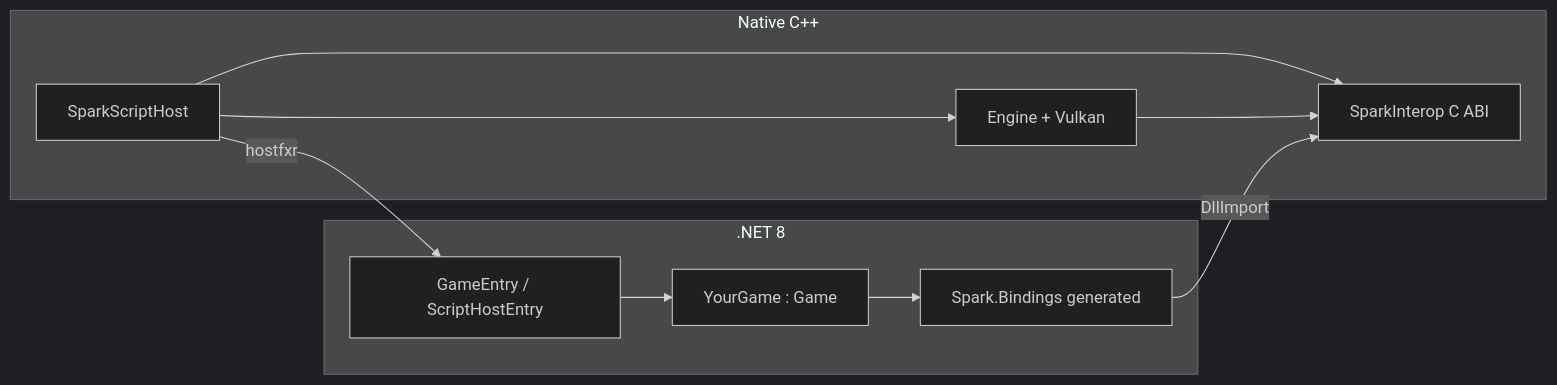
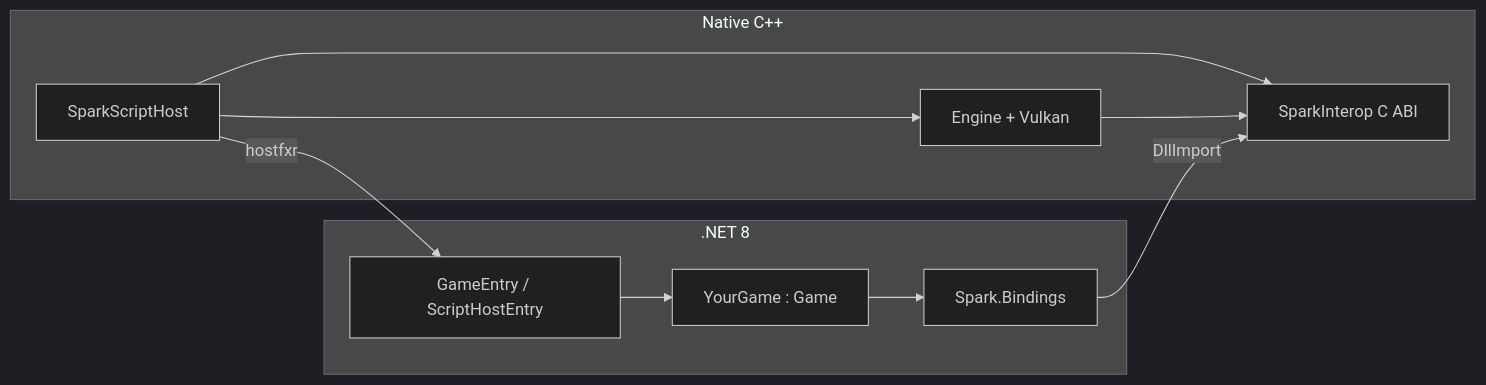
The diagram in docs/CSHARP_SCRIPTING.md (hoihky/spark), drawn with Mermaid (dark theme) before and after one commit. The commit also changed other lines of this file and 20 other files, not shown here.

````diff
--- a/docs/CSHARP_SCRIPTING.md
+++ b/docs/CSHARP_SCRIPTING.md
@@ -9,20 +21,20 @@
 ```mermaid
 flowchart LR
   subgraph native [Native C++]
     Host[SparkScriptHost]
     Engine[Engine + Vulkan]
     Interop[SparkInterop C ABI]
     Host --> Engine
     Host --> Interop
     Engine --> Interop
   end
   subgraph managed [.NET 8]
     Entry[GameEntry / ScriptHostEntry]
     Game[YourGame : Game]
-    Bindings[Spark.Bindings generated]
+    Bindings[Spark.Bindings]
     Entry --> Game
     Game --> Bindings
   end
   Host -->|hostfxr| Entry
   Bindings -->|DllImport| Interop
 ```
````
